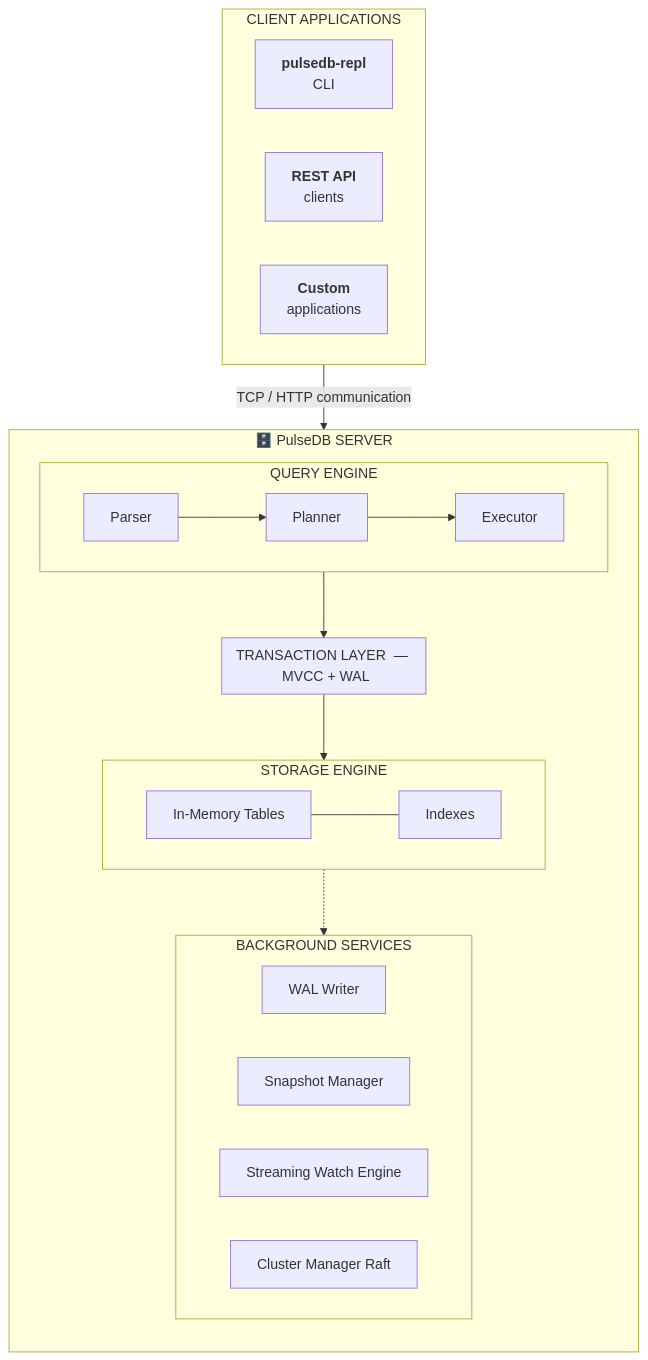
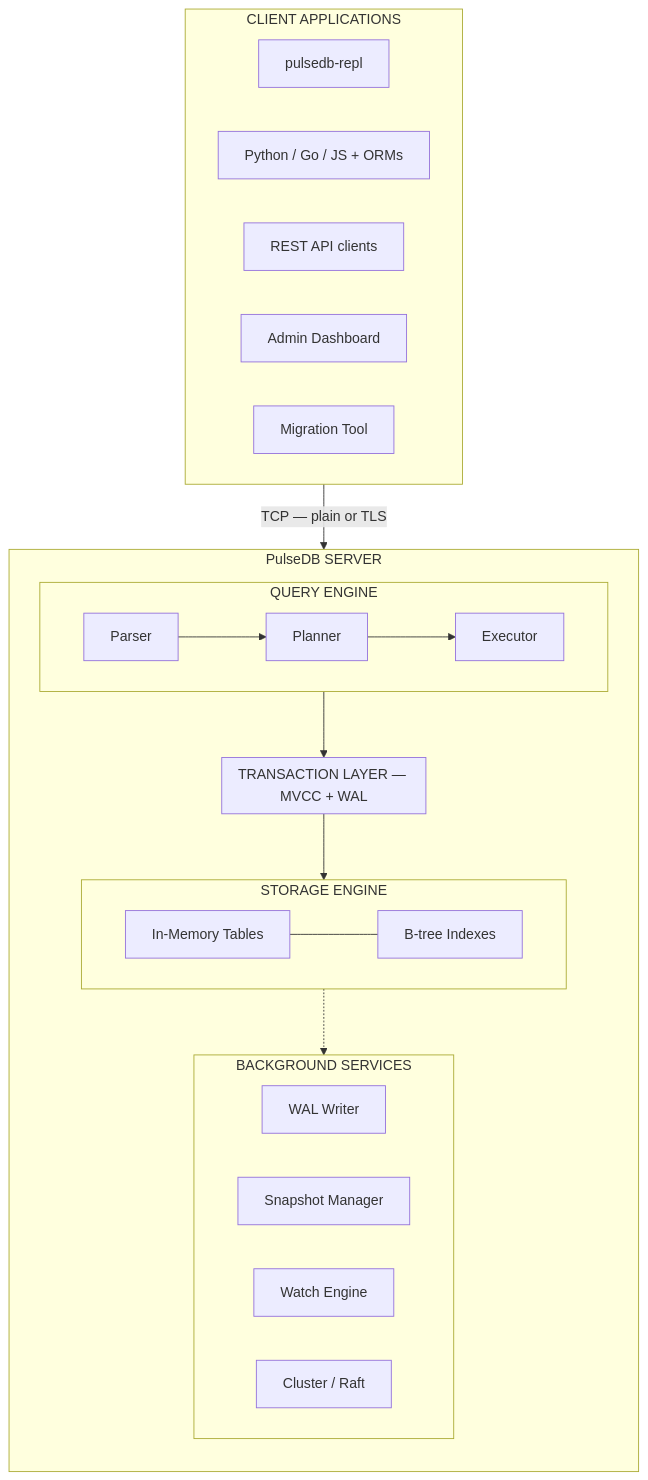
The diagram in README.md (Ajaikumar0712/PulseDB), drawn with Mermaid before and after one commit. The commit also changed other lines of this file and 21 other files, not shown here.

````diff
--- a/README.md
+++ b/README.md
@@ -1528,42 +1172,32 @@
 ```mermaid
 flowchart TD
     subgraph CLIENTS["CLIENT APPLICATIONS"]
-        direction LR
-        CLI["`**pulsedb-repl**
-        CLI`"]
-        REST["`**REST API**
-        clients`"]
-        CUSTOM["`**Custom**
-        applications`"]
+        CLI["pulsedb-repl"]
+        SDK["Python / Go / JS + ORMs"]
+        REST["REST API clients"]
+        ADM["Admin Dashboard"]
+        MIG["Migration Tool"]
     end
 
-    CLIENTS -->|TCP / HTTP communication| SERVER
+    CLIENTS -->|TCP — plain or TLS| SERVER
 
-    subgraph SERVER["🗄️  PulseDB SERVER"]
+    subgraph SERVER["PulseDB SERVER"]
         direction TB
-
         subgraph QE["QUERY ENGINE"]
-            direction LR
             P[Parser] --> PL[Planner] --> EX[Executor]
         end
-
-        subgraph TL["TRANSACTION LAYER  —  MVCC + WAL"]
+        subgraph TL["TRANSACTION LAYER — MVCC + WAL"]
         end
-
         subgraph SE["STORAGE ENGINE"]
-            direction LR
-            MEM[In-Memory Tables] --- IDX[Indexes]
+            MEM[In-Memory Tables] --- IDX[B-tree Indexes]
         end
-
         subgraph BG["BACKGROUND SERVICES"]
-            direction LR
             WAL[WAL Writer]
             SNAP[Snapshot Manager]
-            WATCH[Streaming Watch Engine]
-            RAFT[Cluster Manager Raft]
+            WATCH[Watch Engine]
+            RAFT[Cluster / Raft]
         end
-
         QE --> TL --> SE
         SE -.-> BG
     end
 ```
````
